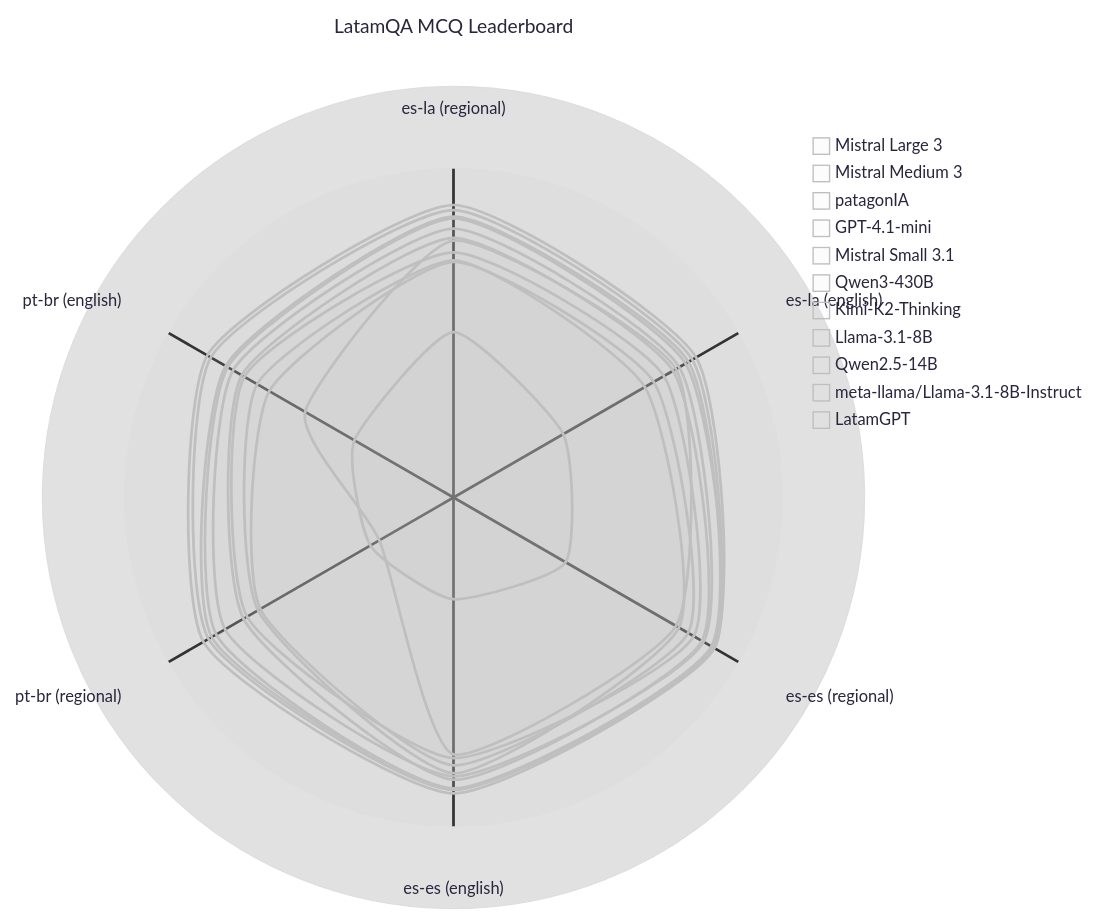
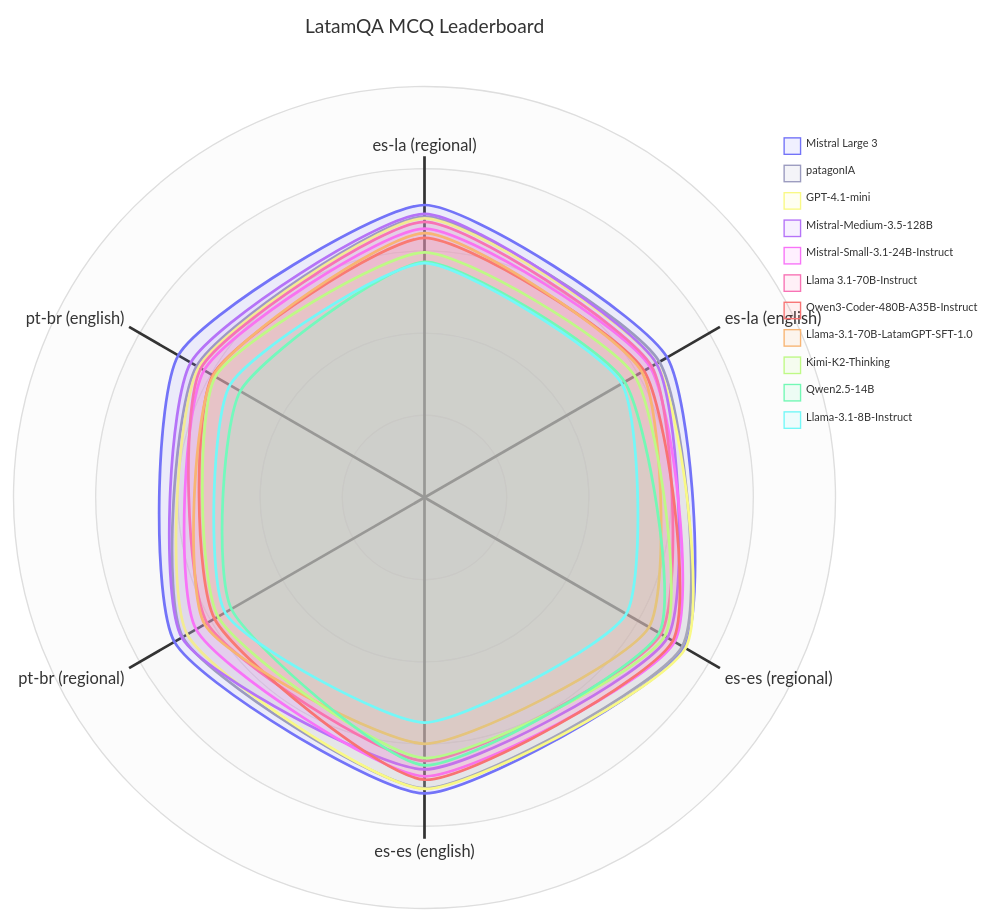
Before and after one commit to Inria-Chile/LatamQA: the diagram in README.md, drawn with Mermaid. The commit also changed other lines of this file and 2 other files, not shown here.

Commit message:
priming leaderboard

````diff
--- a/README.md
+++ b/README.md
@@ -55,38 +55,38 @@
 ```mermaid
 ---
 title: LatamQA MCQ Leaderboard
 config:
   width: 1000
-  height: 1000
-  theme: redux
+  height: 600
+  theme: neo
   themeVariables:
+    mainBkg: #0d1117
+    background: #161b22
     radar:
-      curveOpacity: 0.05
-      legendBoxSize: 100
-      legendFontSize: 12
-      graticuleOpacity: 0.9
-      axisOpacity: 0.29
+      curveOpacity: 0.11
+      legendFontSize: 8
+      graticuleOpacity: 0.11
+      axisOpacity: 0.9
       ticks: 10
   radar:
-      axisScaleFactor: 0.8
-      axisLabelFactor: 0.92
+      axisScaleFactor: 0.83
+      axisLabelFactor: 0.83
       curveTension: 0.092
-      ticks: 10
 ---
 radar-beta
   axis a0["es-la (regional)"], a1["es-la (english)"], a2["es-es (regional)"], a3["es-es (english)"], a4["pt-br (regional)"], a5["pt-br (english)"]
   curve c0["Mistral Large 3"]{0.854, 0.818, 0.876, 0.864, 0.843, 0.830}
-  curve c1["Mistral Medium 3"]{0.839, 0.805, 0.871, 0.854, 0.826, 0.818}
-  curve c2["patagonIA"]{0.820, 0.792, 0.869, 0.849, 0.815, 0.768}
-  curve c3["GPT-4.1-mini"]{0.815, 0.782, 0.880, 0.851, 0.800, 0.761}
-  curve c4["Mistral Small 3.1"]{0.785, 0.761, 0.843, 0.814, 0.770, 0.743}
-  curve c5["Qwen3-430B"]{0.758, 0.740, 0.837, 0.824, 0.708, 0.714}
-  curve c6["Kimi-K2-Thinking"]{0.716, 0.709, 0.810, 0.761, 0.696, 0.705}
-  curve c7["Llama-3.1-8B"]{0.692, 0.645, 0.760, 0.805, 0.659, 0.662}
-  curve c8["Qwen2.5-14B"]{0.688, 0.675, 0.791, 0.782, 0.651, 0.621}
-  curve c9["meta-llama/Llama-3.1-8B-Instruct"]{0.750, 0.750, 0.750, 0.750, 0.250, 0.500}
-  curve c10["LatamGPT"]{0.483, 0.370, 0.378, 0.297, 0.280, 0.334}
+  curve c1["patagonIA"]{0.820, 0.792, 0.869, 0.849, 0.815, 0.768}
+  curve c2["GPT-4.1-mini"]{0.815, 0.782, 0.880, 0.851, 0.800, 0.761}
+  curve c3["Mistral-Medium-3.5-128B"]{0.828, 0.782, 0.819, 0.794, 0.818, 0.788}
+  curve c4["Mistral-Small-3.1-24B-Instruct"]{0.785, 0.761, 0.843, 0.814, 0.770, 0.743}
+  curve c5["Llama 3.1-70B-Instruct"]{0.805, 0.766, 0.797, 0.769, 0.733, 0.754}
+  curve c6["Qwen3-Coder-480B-A35B-Instruct"]{0.758, 0.740, 0.837, 0.824, 0.708, 0.714}
+  curve c7["Llama-3.1-70B-LatamGPT-SFT-1.0"]{0.772, 0.733, 0.757, 0.719, 0.741, 0.712}
+  curve c8["Kimi-K2-Thinking"]{0.716, 0.709, 0.810, 0.761, 0.696, 0.705}
+  curve c9["Qwen2.5-14B"]{0.688, 0.675, 0.791, 0.782, 0.651, 0.621}
+  curve c10["Llama-3.1-8B-Instruct"]{0.684, 0.665, 0.680, 0.657, 0.672, 0.656}
 
   max 1.2
   min 0
 ```
````
